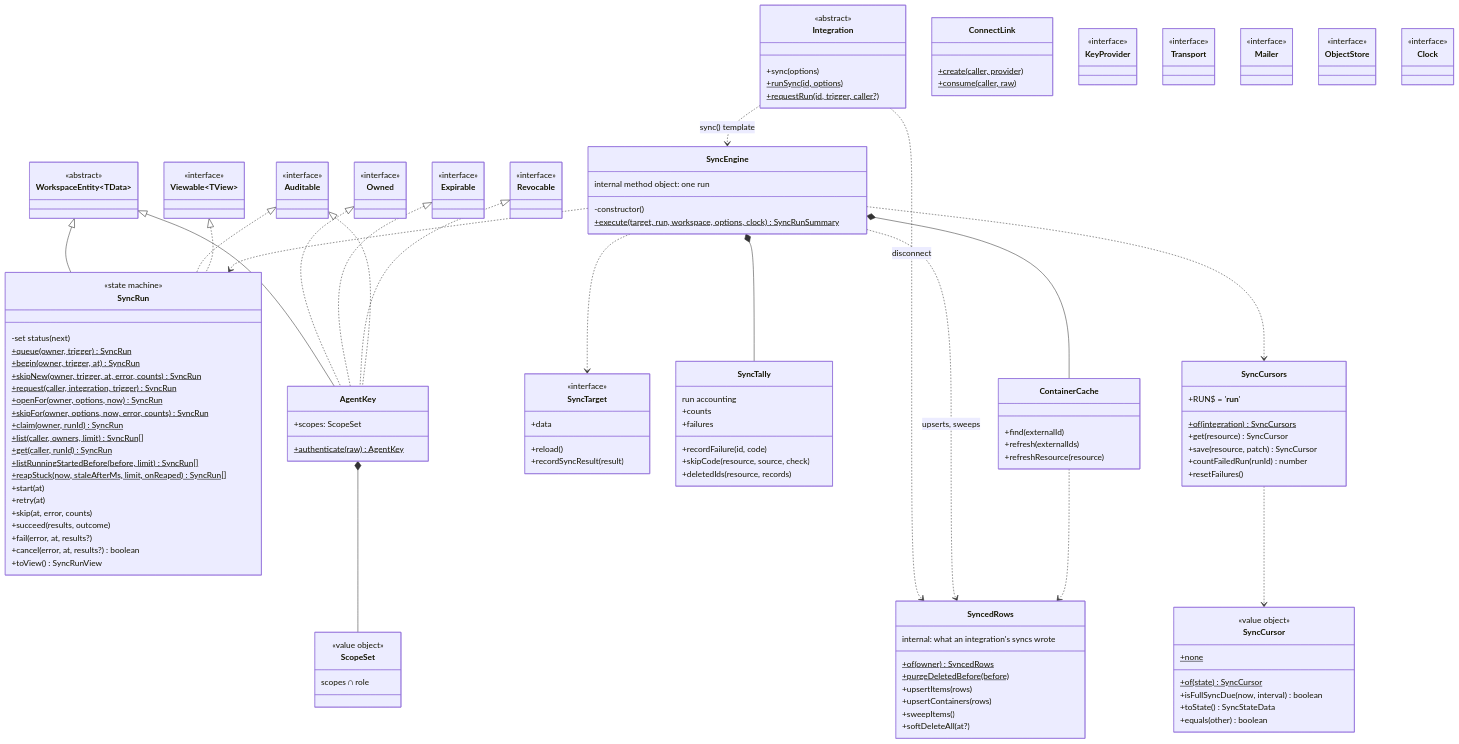
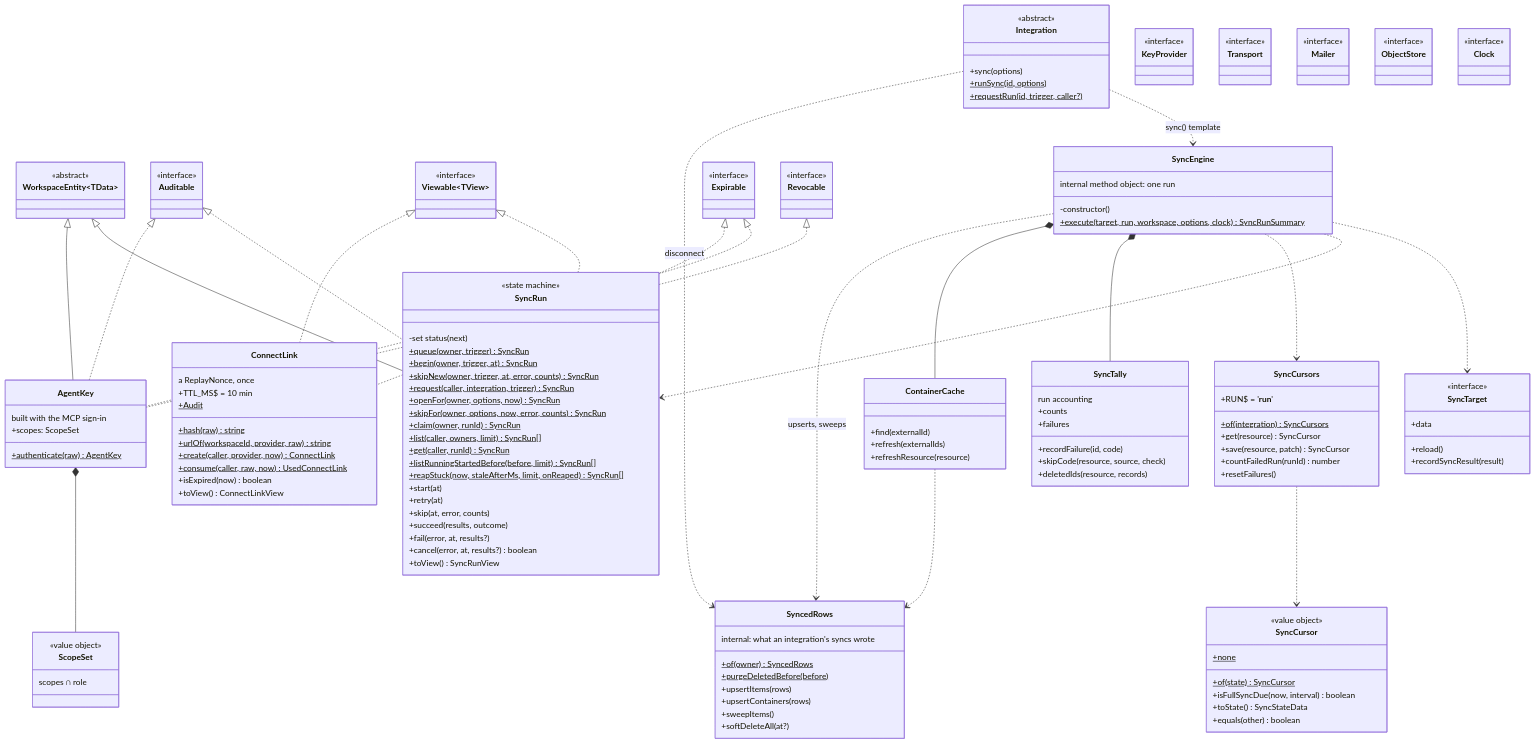
Before and after one commit to shalev396/ToDoList: the seventh of 7 diagrams in docs/design/CLASSES.md, drawn with Mermaid. The commit also changed other lines of this file and 1 other file, not shown here.

First line of the commit message:
docs: CLASSES.md marks phase 6a built; DATA.md says what deleting a workspace removes

```diff
--- a/docs/design/CLASSES.md
+++ b/docs/design/CLASSES.md
@@ -1813,13 +1952,11 @@
   SyncEngine ..> SyncedRows : upserts, sweeps
   ContainerCache ..> SyncedRows
   class AgentKey {
+    built with the MCP sign-in
     +authenticate(raw)$ AgentKey
     +scopes: ScopeSet
   }
   WorkspaceEntity <|-- AgentKey
-  class Owned {
-    <<interface>>
-  }
   class Expirable {
     <<interface>>
   }
@@ -1829,7 +1966,6 @@
   class Auditable {
     <<interface>>
   }
-  Owned <|.. AgentKey
   Expirable <|.. AgentKey
   Revocable <|.. AgentKey
   Auditable <|.. AgentKey
@@ -1839,9 +1975,18 @@
   }
   AgentKey *-- ScopeSet
   class ConnectLink {
-    +create(caller, provider)$
-    +consume(caller, raw)$
+    a ReplayNonce, once
+    +TTL_MS$ = 10 min
+    +Audit$
+    +hash(raw)$ string
+    +urlOf(workspaceId, provider, raw)$ string
+    +create(caller, provider, now)$ ConnectLink
+    +consume(caller, raw, now)$ UsedConnectLink
+    +isExpired(now) boolean
+    +toView() ConnectLinkView
   }
+  Expirable <|.. ConnectLink
+  Viewable <|.. ConnectLink
   class KeyProvider {
     <<interface>>
   }
@@ -1861,7 +2006,6 @@
   classDef built fill:#d1fae5,stroke:#047857,stroke-width:2px
   classDef planned fill:#f3f4f6,stroke:#9ca3af,stroke-dasharray:5 5,color:#4b5563
   class WorkspaceEntity:::built
-  class Owned:::built
   class Expirable:::built
   class Revocable:::built
   class Auditable:::built
@@ -1875,9 +2019,9 @@
   class ContainerCache:::built
   class SyncedRows:::built
   class Integration:::built
-  class AgentKey:::planned
+  class AgentKey:::built
   class ScopeSet:::planned
-  class ConnectLink:::planned
+  class ConnectLink:::built
   class KeyProvider:::planned
   class Transport:::planned
   class Mailer:::planned
```
